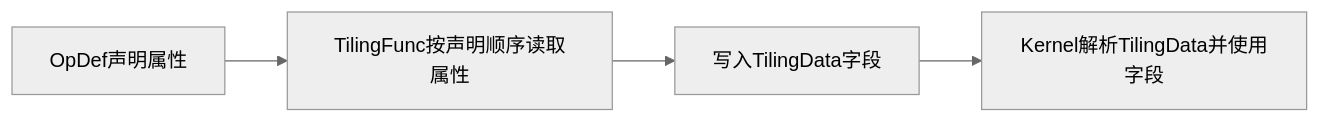
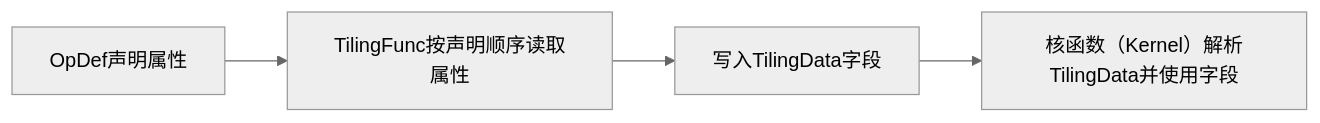
The diagram in docs/zh/guide/programming_guide/advanced_programming/aclnn_operator_development/design_and_implementation/tiling_data_attributes.md (hicann/asc-devkit), drawn with Mermaid (neutral theme) before and after one commit. The commit also changed other lines of this file and 788 other files, not shown here.

````diff
--- a/docs/zh/guide/programming_guide/advanced_programming/aclnn_operator_development/design_and_implementation/tiling_data_attributes.md
+++ b/docs/zh/guide/programming_guide/advanced_programming/aclnn_operator_development/design_and_implementation/tiling_data_attributes.md
@@ -11,6 +11,6 @@
 ```mermaid
 flowchart LR
     A["OpDef声明属性"] --> B["TilingFunc按声明顺序读取属性"]
     B --> C["写入TilingData字段"]
-    C --> D["Kernel解析TilingData并使用字段"]
+    C --> D["核函数（Kernel）解析TilingData并使用字段"]
 ```
````
